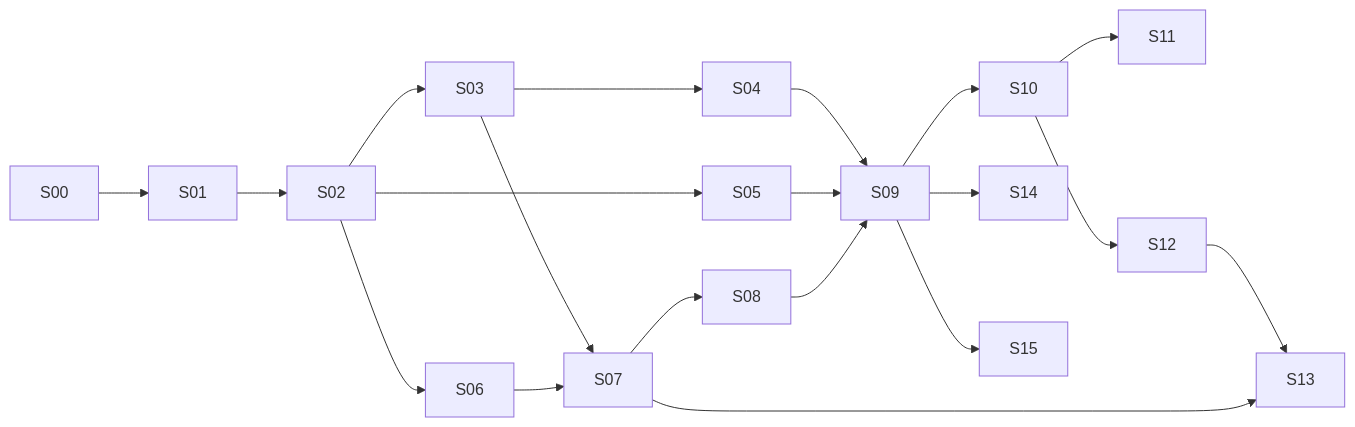
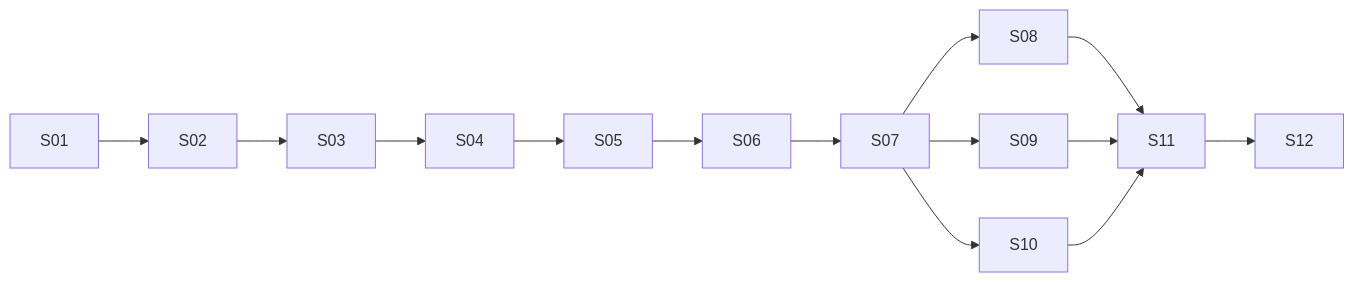
One commit to KhizirFarrukh/local-ai-nas changed the second of 2 diagrams in code-agent-docs/plan.md. Above: the diagram before and after it, drawn with Mermaid. The commit also changed other lines of this file and 10 other files, not shown here.

First line of the commit message:
docs(plan): staged roadmap v0.2.0 with S01 stage plan [P002]

````diff
--- a/code-agent-docs/plan.md
+++ b/code-agent-docs/plan.md
@@ -624,18 +849,8 @@
 ```mermaid
 flowchart LR
-    S00 --> S01 --> S02
-    S02 --> S03 --> S04
-    S02 --> S05
-    S02 --> S06
-    S03 --> S07
-    S06 --> S07 --> S08
-    S04 --> S09
-    S05 --> S09
-    S08 --> S09
-    S09 --> S10
-    S10 --> S11
-    S10 --> S12 --> S13
-    S07 --> S13
-    S09 --> S14
-    S09 --> S15
+    S01 --> S02 --> S03 --> S04 --> S05 --> S06 --> S07
+    S07 --> S08 --> S11
+    S07 --> S09 --> S11
+    S07 --> S10 --> S11
+    S11 --> S12
 ```
````
